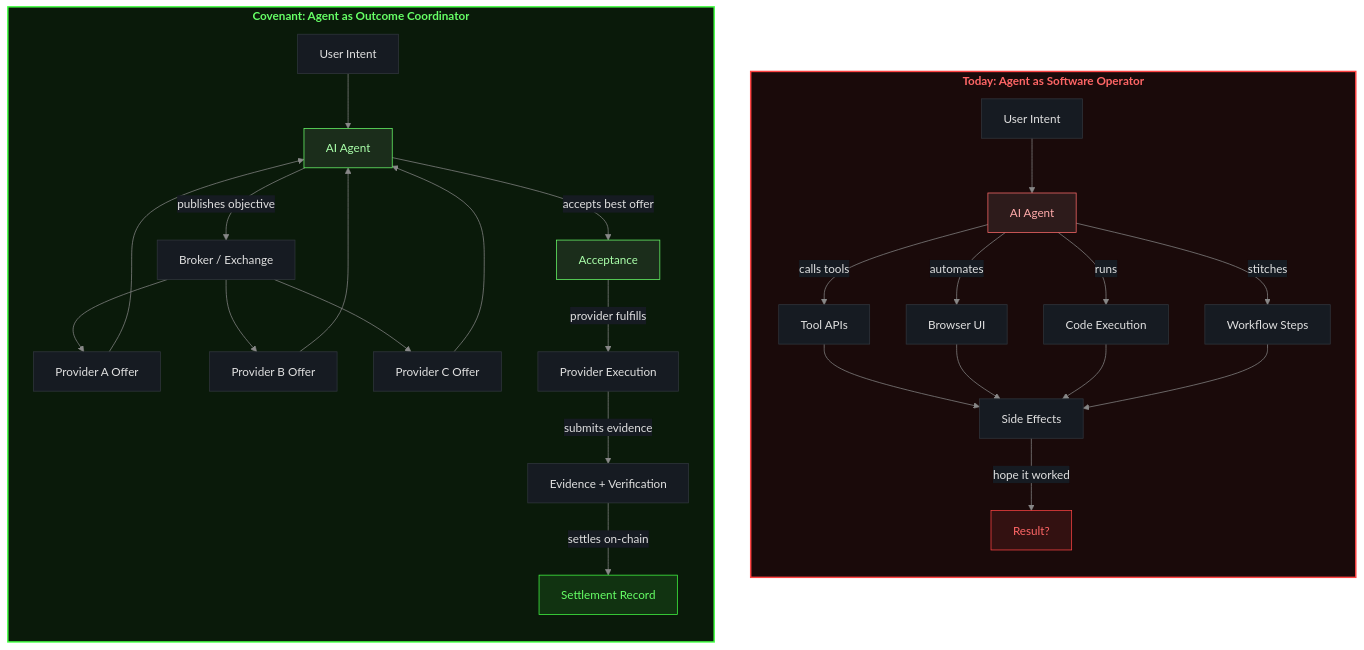
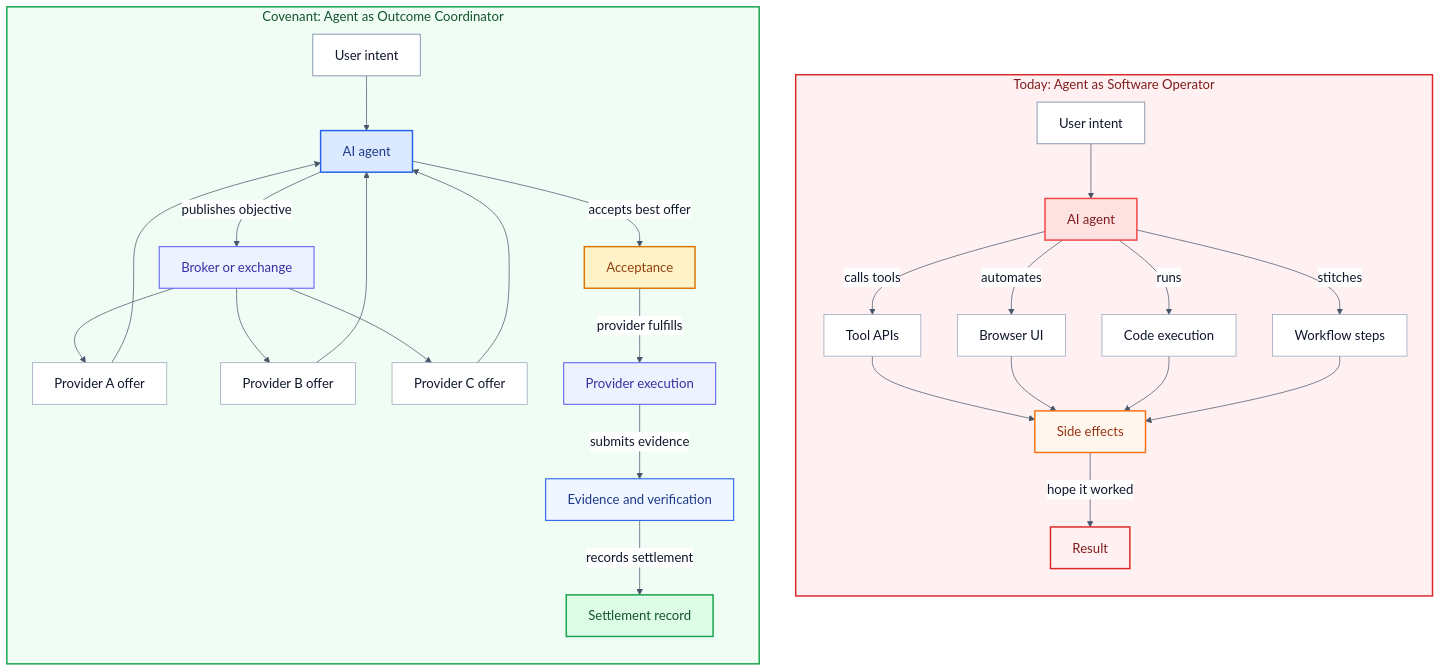
The diagram in docs/img/old-vs-new.mmd (csehammad/covenant-layer), drawn with Mermaid before and after one commit. The commit also changed 9 other files, not shown here.

Commit message:
updated diagrams

```diff
--- a/docs/img/old-vs-new.mmd
+++ b/docs/img/old-vs-new.mmd
@@ -1,40 +1,53 @@
-%%{init: {'theme': 'base', 'themeVariables': { 'primaryColor': '#1a1a2e', 'primaryTextColor': '#e0e0e0', 'primaryBorderColor': '#555', 'lineColor': '#888', 'secondaryColor': '#16213e', 'tertiaryColor': '#0f3460', 'background': '#0d1117', 'mainBkg': '#161b22', 'nodeBorder': '#30363d', 'clusterBkg': '#161b22', 'titleColor': '#e0e0e0', 'edgeLabelBackground': '#161b22'}}}%%
+%%{init: {'theme': 'base', 'themeVariables': { 'background': '#ffffff', 'mainBkg': '#ffffff', 'primaryColor': '#eff6ff', 'primaryTextColor': '#0f172a', 'primaryBorderColor': '#2563eb', 'lineColor': '#475569', 'secondaryColor': '#f8fafc', 'tertiaryColor': '#eef2ff', 'clusterBkg': '#f8fafc', 'titleColor': '#0f172a', 'edgeLabelBackground': '#ffffff', 'fontSize': '18px', 'fontFamily': 'Inter, Arial, sans-serif' }}}%%
 
-graph TB
-    subgraph OLD["<b>Today: Agent as Software Operator</b>"]
+flowchart TB
+    subgraph OLD["Today: Agent as Software Operator"]
         direction TB
-        U1[User Intent] --> A1[AI Agent]
+        U1[User intent] --> A1[AI agent]
         A1 -->|"calls tools"| T1[Tool APIs]
         A1 -->|"automates"| B1[Browser UI]
-        A1 -->|"runs"| C1[Code Execution]
-        A1 -->|"stitches"| W1[Workflow Steps]
-        T1 --> S1[Side Effects]
+        A1 -->|"runs"| C1[Code execution]
+        A1 -->|"stitches"| W1[Workflow steps]
+        T1 --> S1[Side effects]
         B1 --> S1
         C1 --> S1
         W1 --> S1
-        S1 -->|"hope it worked"| R1[Result?]
+        S1 -->|"hope it worked"| R1[Result]
     end
 
-    subgraph NEW["<b>Covenant: Agent as Outcome Coordinator</b>"]
+    subgraph NEW["Covenant: Agent as Outcome Coordinator"]
         direction TB
-        U2[User Intent] --> A2[AI Agent]
-        A2 -->|"publishes objective"| BR[Broker / Exchange]
-        BR --> P1[Provider A Offer]
-        BR --> P2[Provider B Offer]
-        BR --> P3[Provider C Offer]
+        U2[User intent] --> A2[AI agent]
+        A2 -->|"publishes objective"| BR[Broker or exchange]
+        BR --> P1[Provider A offer]
+        BR --> P2[Provider B offer]
+        BR --> P3[Provider C offer]
         P1 --> A2
         P2 --> A2
         P3 --> A2
         A2 -->|"accepts best offer"| ACC[Acceptance]
-        ACC -->|"provider fulfills"| FUL[Provider Execution]
-        FUL -->|"submits evidence"| EV[Evidence + Verification]
-        EV -->|"settles on-chain"| SET[Settlement Record]
+        ACC -->|"provider fulfills"| FUL[Provider execution]
+        FUL -->|"submits evidence"| EV[Evidence and verification]
+        EV -->|"records settlement"| SET[Settlement record]
     end
 
-    style OLD fill:#1a0a0a,stroke:#ff4444,stroke-width:2px,color:#ff6666
-    style NEW fill:#0a1a0a,stroke:#44ff44,stroke-width:2px,color:#66ff66
-    style R1 fill:#331111,stroke:#ff4444,color:#ff6666
-    style SET fill:#113311,stroke:#44ff44,color:#66ff66
-    style A1 fill:#2d1b1b,stroke:#ff6b6b,color:#ffaaaa
-    style A2 fill:#1b2d1b,stroke:#6bff6b,color:#aaffaa
-    style ACC fill:#1b2d1b,stroke:#6bff6b,color:#aaffaa
+    style OLD fill:#fff1f2,stroke:#dc2626,stroke-width:2px,color:#7f1d1d
+    style NEW fill:#f0fdf4,stroke:#16a34a,stroke-width:2px,color:#14532d
+    style U1 fill:#ffffff,stroke:#94a3b8,color:#0f172a,stroke-width:1.5px
+    style A1 fill:#fee2e2,stroke:#ef4444,color:#7f1d1d,stroke-width:2px
+    style T1 fill:#ffffff,stroke:#94a3b8,color:#0f172a
+    style B1 fill:#ffffff,stroke:#94a3b8,color:#0f172a
+    style C1 fill:#ffffff,stroke:#94a3b8,color:#0f172a
+    style W1 fill:#ffffff,stroke:#94a3b8,color:#0f172a
+    style S1 fill:#fff7ed,stroke:#f97316,color:#9a3412,stroke-width:2px
+    style R1 fill:#fff1f2,stroke:#dc2626,color:#7f1d1d,stroke-width:2px
+    style U2 fill:#ffffff,stroke:#94a3b8,color:#0f172a,stroke-width:1.5px
+    style A2 fill:#dbeafe,stroke:#2563eb,color:#1e3a8a,stroke-width:2px
+    style BR fill:#eef2ff,stroke:#6366f1,color:#3730a3,stroke-width:1.5px
+    style P1 fill:#ffffff,stroke:#94a3b8,color:#0f172a
+    style P2 fill:#ffffff,stroke:#94a3b8,color:#0f172a
+    style P3 fill:#ffffff,stroke:#94a3b8,color:#0f172a
+    style ACC fill:#fef3c7,stroke:#d97706,color:#92400e,stroke-width:2px
+    style FUL fill:#eef2ff,stroke:#6366f1,color:#3730a3,stroke-width:1.5px
+    style EV fill:#eff6ff,stroke:#2563eb,color:#1e3a8a,stroke-width:1.5px
+    style SET fill:#dcfce7,stroke:#16a34a,color:#14532d,stroke-width:2px
```
